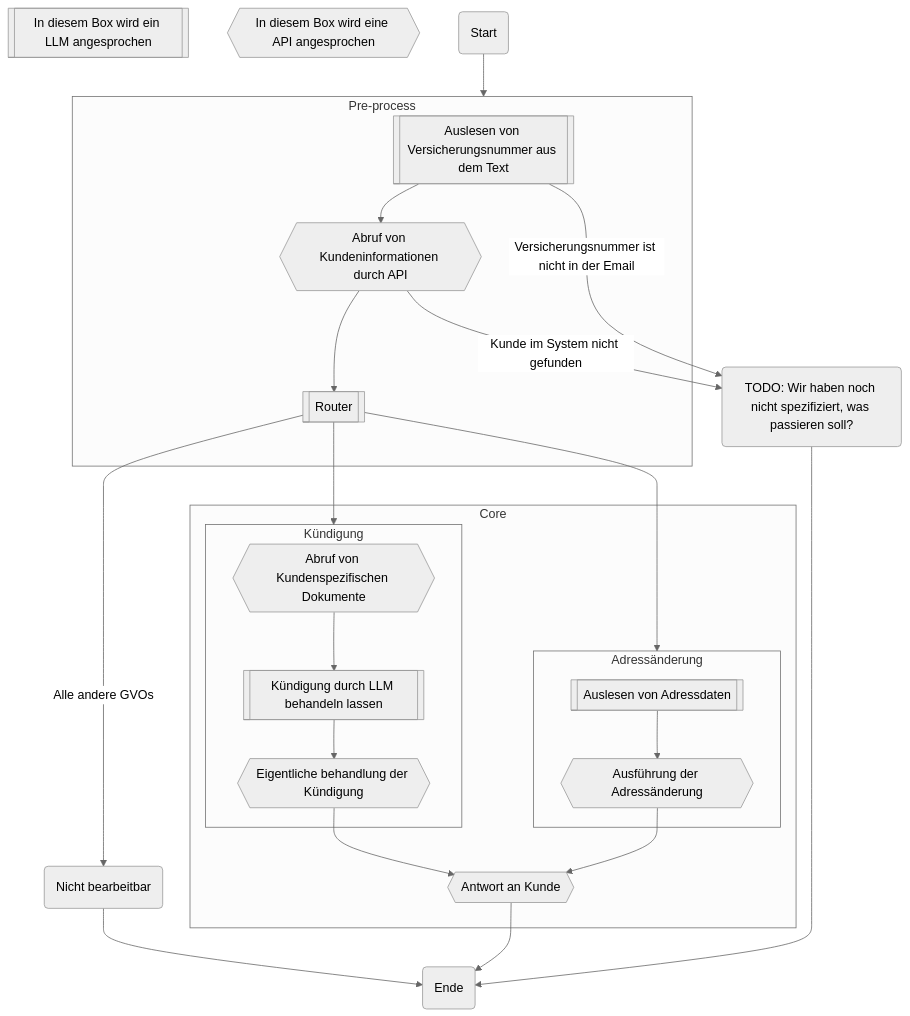
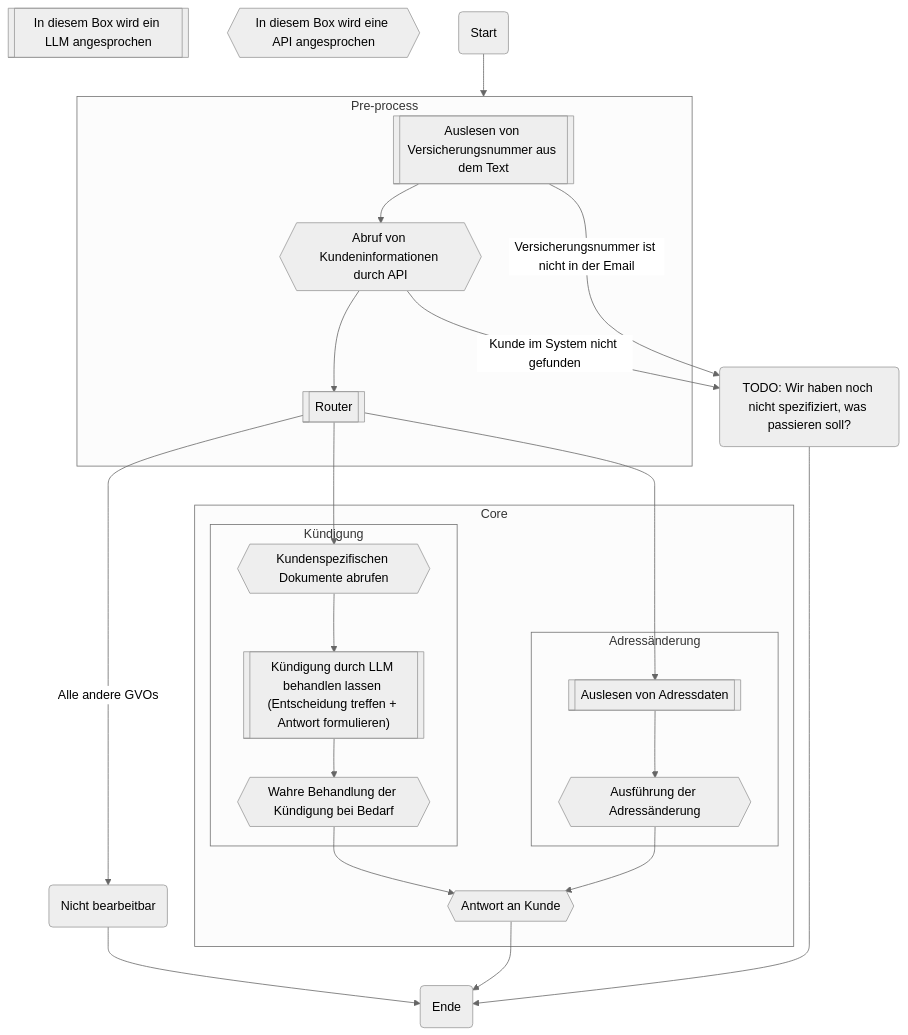
One commit to FausztBenedek/fcb-presentation-ki-workflow changed the fourth of 5 diagrams in slides.md. Above: the diagram before and after it, drawn with Mermaid (neutral theme). The commit also changed other lines of this file, not shown here.

````diff
--- a/slides.md
+++ b/slides.md
@@ -208,47 +212,48 @@
 ```mermaid
 
 graph TD
     %% Explanations:
     llm[[In diesem Box wird ein LLM angesprochen]]
     api_call{{In diesem Box wird eine API angesprochen}}
 
     __START__(Start)
     __START__ --> Pre-process
     subgraph Pre-process
         customer_data_extract[["Auslesen von Versicherungsnummer aus dem Text"]]
         fetch_customer_details{{"Abruf von Kundeninformationen durch API"}}
         router[["Router"]]
         customer_data_extract --> fetch_customer_details
         fetch_customer_details --> router
     end
     router -->|Alle andere GVOs| uncovered
-    router --> Kündigung
-    router --> Adressänderung
+    router --> fetch_customer_documents
+    router --> address_data_extract
     subgraph Core
         subgraph Kündigung
-            fetch_customer_documents{{"Abruf von Kundenspezifischen Dokumente"}}
-            termination_handled_by_llm[["Kündigung durch LLM behandeln lassen"]]
-            termination_handling{{"Eigentliche behandlung der Kündigung"}}
+            fetch_customer_documents{{"Kundenspezifischen Dokumente abrufen"}}
+            termination_handled_by_llm[["Kündigung durch LLM behandlen lassen (Entscheidung treffen + Antwort formulieren)"]]
             fetch_customer_documents --> termination_handled_by_llm
-            termination_handled_by_llm --> termination_handling
+            termination_handled_by_llm --> termination_actual_handling
+            termination_actual_handling{{"Wahre Behandlung der Kündigung bei Bedarf"}}
         end
-        termination_handling --> answer
 
         subgraph Adressänderung
             address_data_extract[["Auslesen von Adressdaten"]]
             address_change_execute{{"Ausführung der Adressänderung"}}
             address_data_extract --> address_change_execute
         end
+        termination_actual_handling --> answer
         address_change_execute --> answer
+        answer{{Antwort an Kunde}}
 
     end
     answer{{"Antwort an Kunde"}}
     todo_node("TODO: Wir haben noch nicht spezifiziert, was passieren soll?")
     fetch_customer_details --> |"Kunde im System nicht gefunden"|todo_node
     customer_data_extract --> |"Versicherungsnummer ist nicht in der Email"|todo_node
     answer --> __END__
     todo_node --> __END__
     __END__(Ende)
     uncovered("Nicht bearbeitbar") --> __END__;
 
 ```
````
